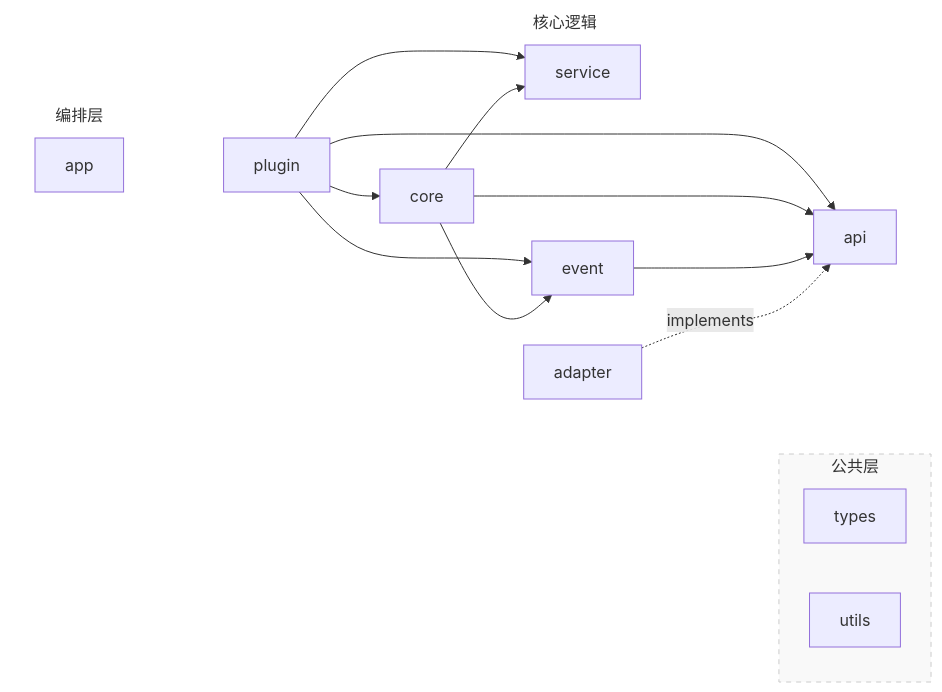
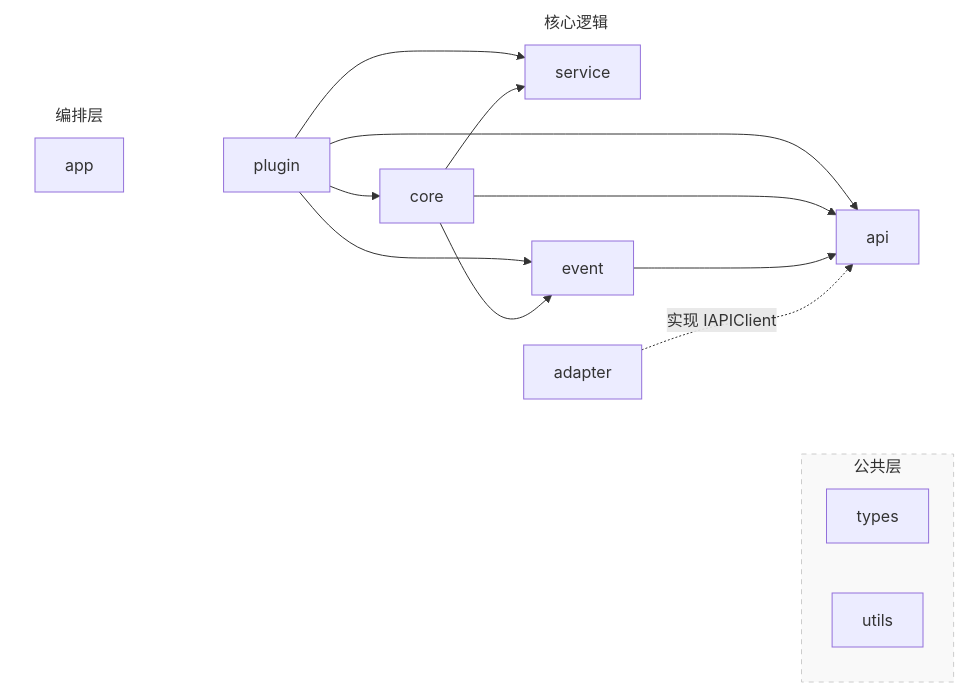
The second of 16 diagrams in docs/architecture.md (Sparrived/ncatbot), drawn with Mermaid before and after one commit. The commit also changed other lines of this file and 91 other files, not shown here.

````diff
--- a/docs/architecture.md
+++ b/docs/architecture.md
@@ -178,45 +187,40 @@
 ```mermaid
 graph LR
-    %% 最左侧：编排层
-    subgraph LayerApp [编排层]
+    subgraph Orchestration [编排层]
         app["app"]
     end
 
-    %% 中间：核心业务关系
-    subgraph LayerCore [核心逻辑]
+    subgraph Business [核心逻辑]
         plugin["plugin"]
         service["service"]
         core["core"]
         event["event"]
         api["api"]
         adapter["adapter"]
 
         plugin --> service
         plugin --> core
         plugin --> api
         plugin --> event
 
         core --> service
         core --> event
         core --> api
 
         event --> api
-        adapter -.->|implements| api
+        adapter -.->|实现 IAPIClient| api
     end
 
-    %% 最右侧：公共层
-    subgraph LayerCommon [公共层]
+    subgraph Common [公共层]
         types["types"]
         utils["utils"]
     end
 
-    %% 【排版核心】使用不可见线强行拉开左右位置
     app ~~~ plugin
     adapter ~~~ types
     adapter ~~~ utils
 
-    %% 样式调整：去掉最左侧和中间的框，保留最右侧的框以示区分
-    style LayerApp fill:none,stroke:none
-    style LayerCore fill:none,stroke:none
-    style LayerCommon fill:#f9f9f9,stroke:#ccc,stroke-dasharray: 5 5
+    style Orchestration fill:none,stroke:none
+    style Business fill:none,stroke:none
+    style Common fill:#f9f9f9,stroke:#ccc,stroke-dasharray: 5 5
 ```
````
